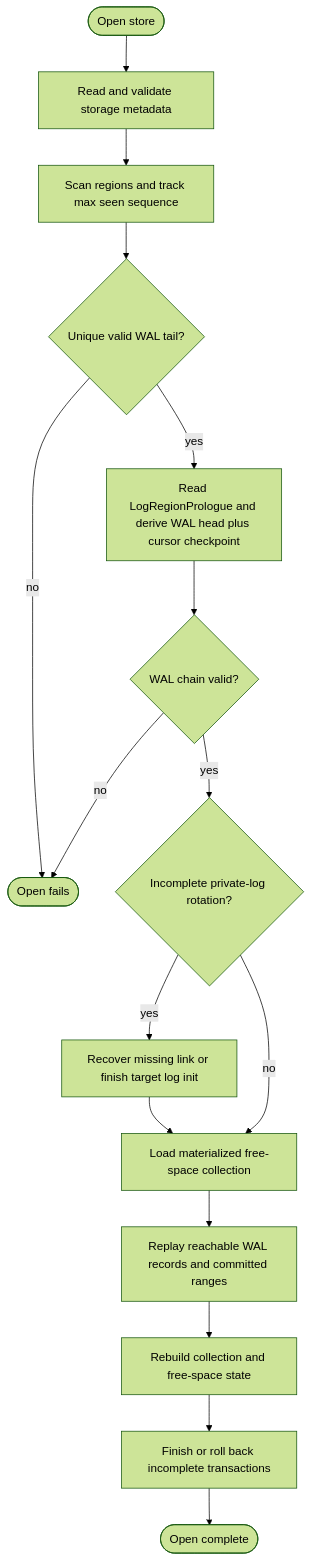
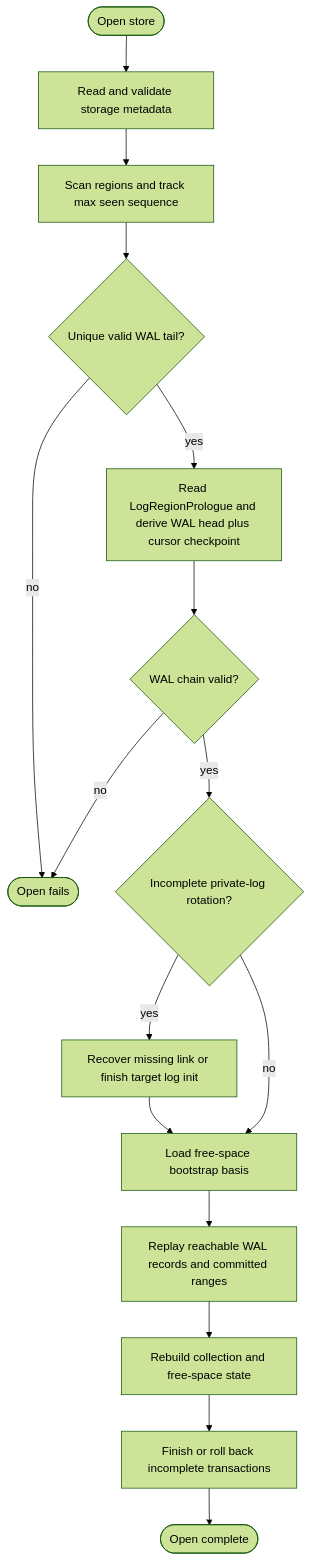
One commit to moore/borromean changed the diagram in spec/ring/06-startup-replay.md. Above: the diagram before and after it, drawn with Mermaid (forest theme). The commit also changed other lines of this file and 9 other files, not shown here.

````diff
--- a/spec/ring/06-startup-replay.md
+++ b/spec/ring/06-startup-replay.md
@@ -412,27 +426,27 @@
 ```mermaid
 %%{init: {"flowchart": {"wrappingWidth": 180}} }%%
 flowchart TD
     OpenStore([Open store])
     ReadMeta["`Read and validate storage metadata`"]
     ScanRegions["`Scan regions and track max seen sequence`"]
     TailOk{"`Unique valid WAL tail?`"}
     Fail([Open fails])
     ReadHead["`Read LogRegionPrologue and derive WAL head plus cursor checkpoint`"]
     ChainOk{"`WAL chain valid?`"}
     Rotate{"`Incomplete private-log rotation?`"}
     RecoverRotate["`Recover missing link or finish target log init`"]
-    ReadFree["`Load materialized free-space collection`"]
+    ReadFree["`Load free-space bootstrap basis`"]
     Replay["`Replay reachable WAL records and committed ranges`"]
     Rebuild["`Rebuild collection and free-space state`"]
     FinishTransactions["`Finish or roll back incomplete transactions`"]
     OpenReady([Open complete])
 
     OpenStore --> ReadMeta --> ScanRegions --> TailOk
     TailOk -->|no| Fail
     TailOk -->|yes| ReadHead --> ChainOk
     ChainOk -->|no| Fail
     ChainOk -->|yes| Rotate
     Rotate -->|yes| RecoverRotate --> ReadFree
     Rotate -->|no| ReadFree
     ReadFree --> Replay --> Rebuild --> FinishTransactions --> OpenReady
 ```
````
